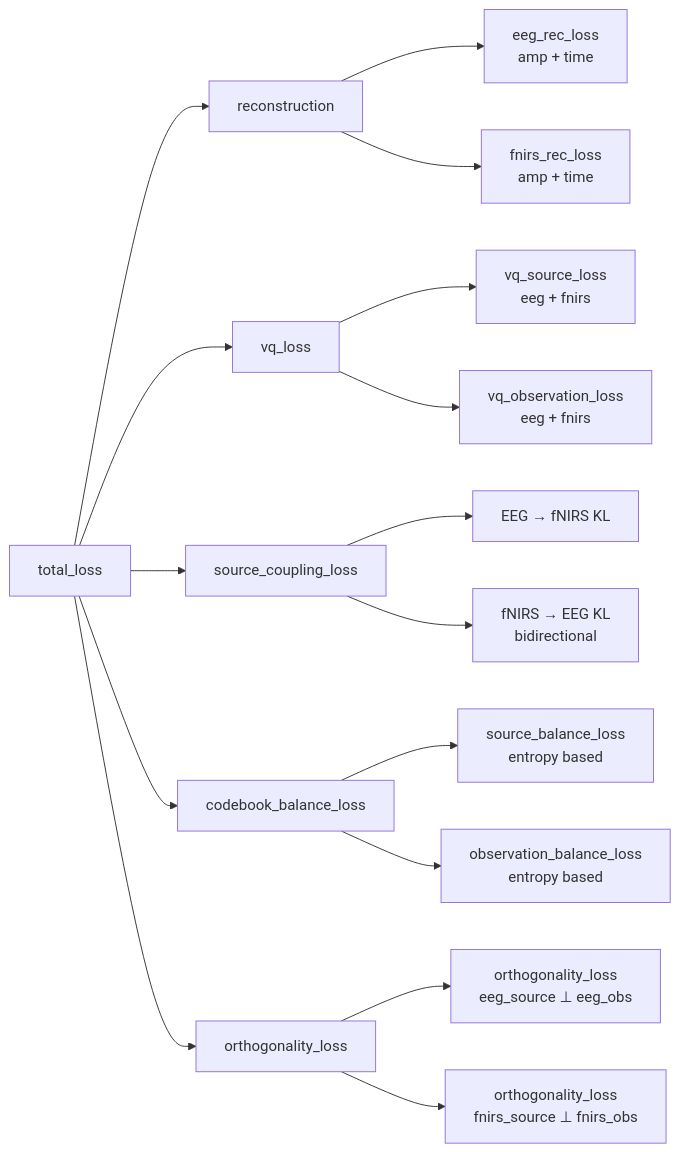
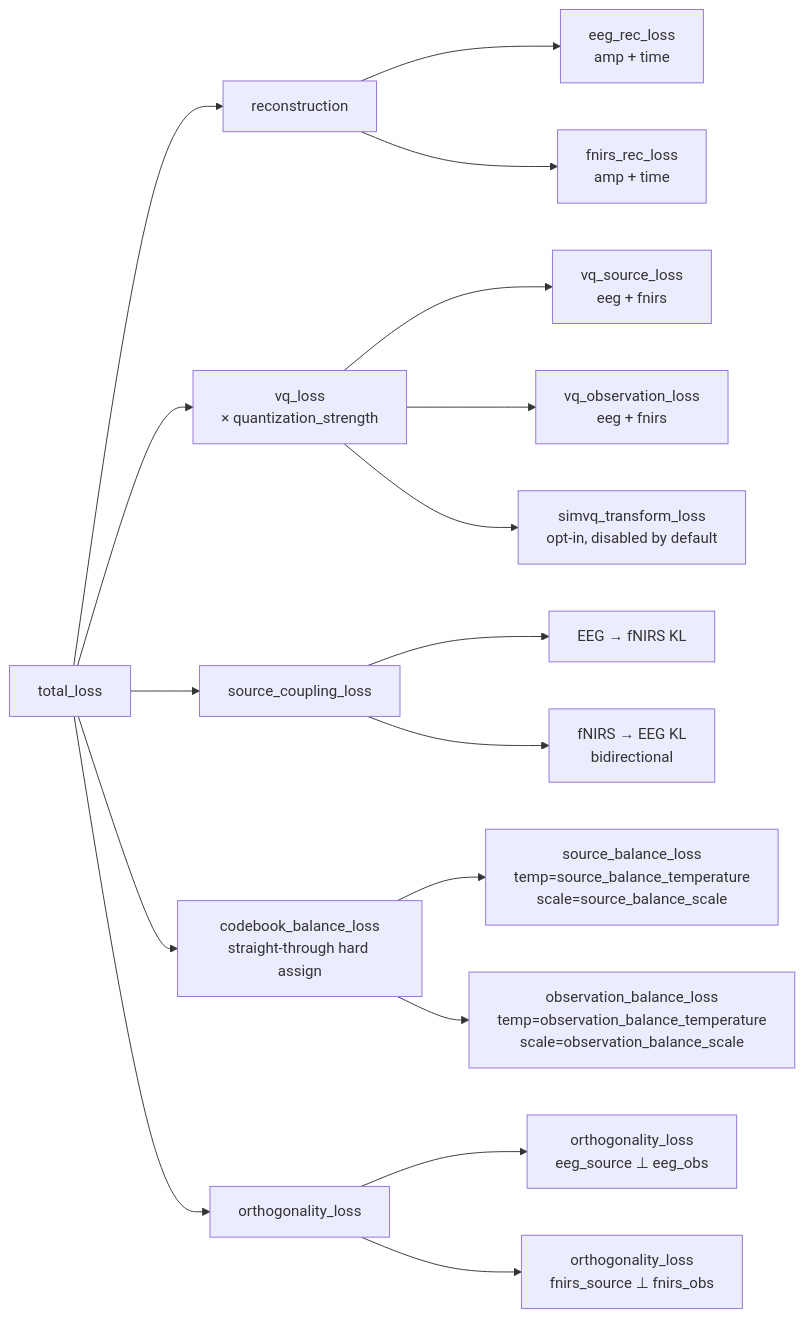
Before and after one commit to Kevin65536/PID-MCM: the third of 3 diagrams in docs/ARCHITECTURE.md, drawn with Mermaid. The commit also changed other lines of this file and 3 other files, not shown here.

Commit message:
architecture document update after gate1 successfully passed

````diff
--- a/docs/ARCHITECTURE.md
+++ b/docs/ARCHITECTURE.md
@@ -143,23 +147,24 @@
 ```mermaid
 graph LR
     TOTAL[total_loss] --> REC[reconstruction]
-    TOTAL --> VQ[vq_loss]
+    TOTAL --> VQ[vq_loss<br/>× quantization_strength]
     TOTAL --> COUP[source_coupling_loss]
-    TOTAL --> BAL[codebook_balance_loss]
+    TOTAL --> BAL[codebook_balance_loss<br/>straight-through hard assign]
     TOTAL --> ORTHO[orthogonality_loss]
 
     REC --> E_REC[eeg_rec_loss<br/>amp + time]
     REC --> F_REC[fnirs_rec_loss<br/>amp + time]
 
     VQ --> VQ_S[vq_source_loss<br/>eeg + fnirs]
     VQ --> VQ_O[vq_observation_loss<br/>eeg + fnirs]
+    VQ --> VQ_SIMVQ[simvq_transform_loss<br/>opt-in, disabled by default]
 
     COUP --> COUP_FWD[EEG → fNIRS KL]
     COUP --> COUP_REV[fNIRS → EEG KL<br/>bidirectional]
 
-    BAL --> BAL_S[source_balance_loss<br/>entropy based]
-    BAL --> BAL_O[observation_balance_loss<br/>entropy based]
+    BAL --> BAL_S[source_balance_loss<br/>temp=source_balance_temperature<br/>scale=source_balance_scale]
+    BAL --> BAL_O[observation_balance_loss<br/>temp=observation_balance_temperature<br/>scale=observation_balance_scale]
 
     ORTHO --> O_E[orthogonality_loss<br/>eeg_source ⊥ eeg_obs]
     ORTHO --> O_F[orthogonality_loss<br/>fnirs_source ⊥ fnirs_obs]
 ```
````
